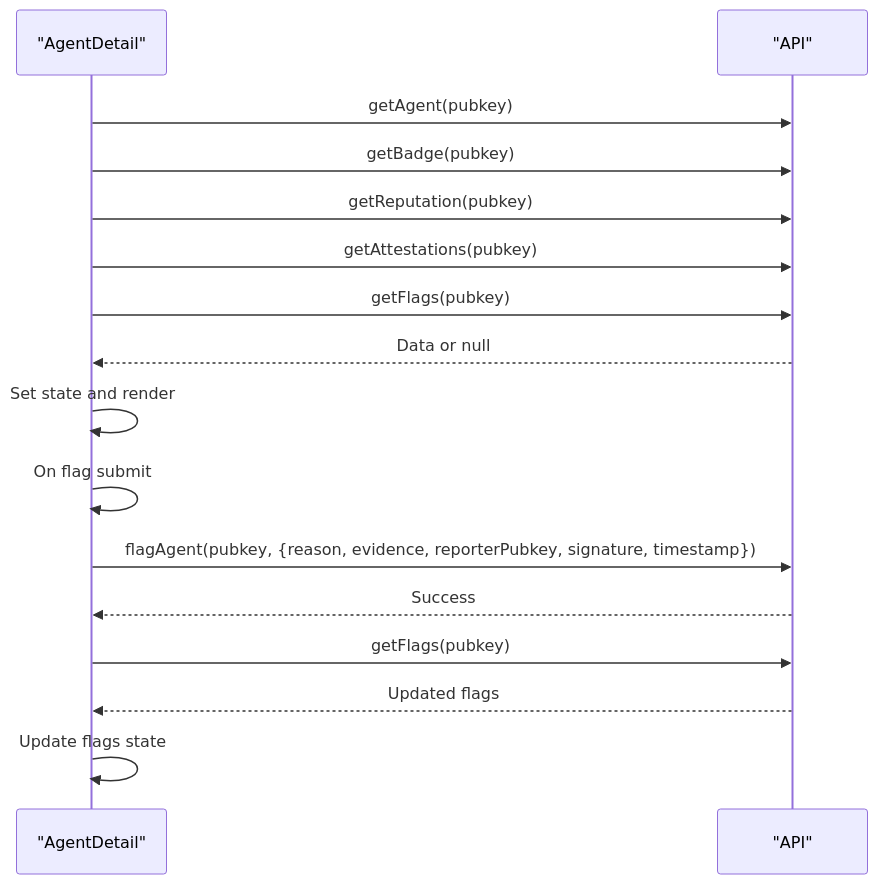
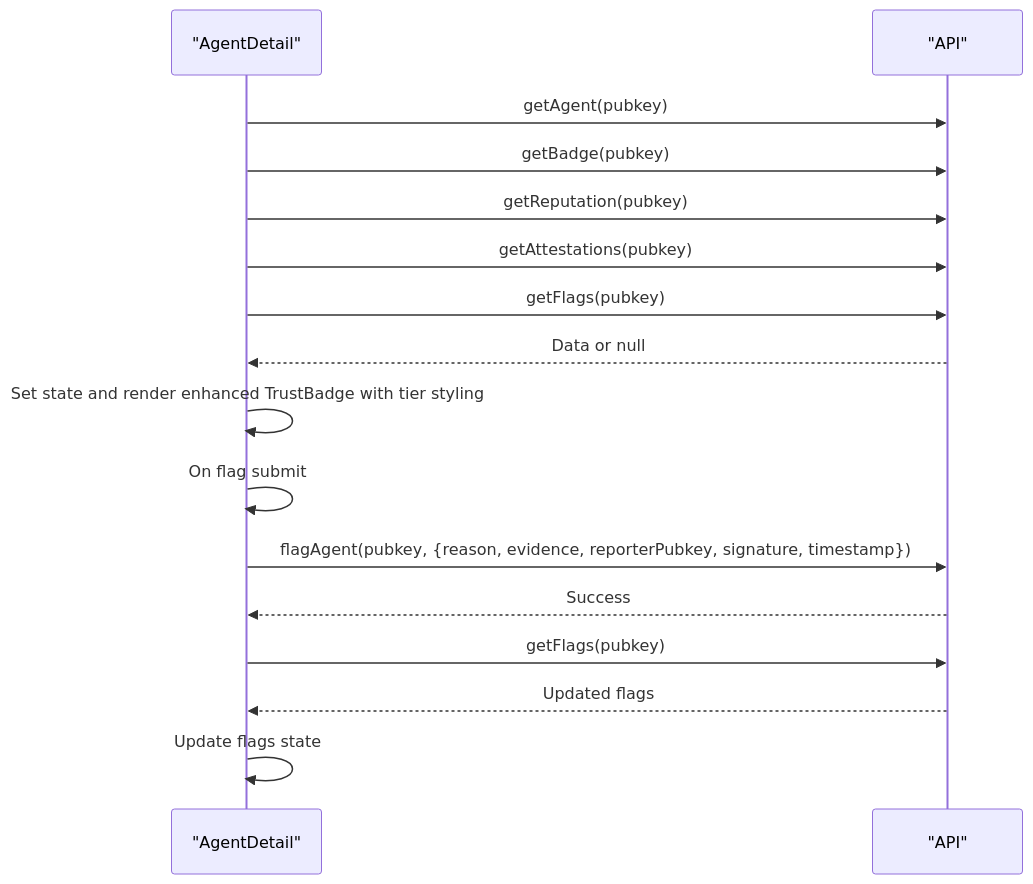
The fourth of 8 diagrams in .qoder/repowiki/en/content/Frontend Application/Frontend Application.md (RunTimeAdmin/AgentID), drawn with Mermaid before and after one commit. The commit also changed other lines of this file and 9 other files, not shown here.

````diff
--- a/.qoder/repowiki/en/content/Frontend Application/Frontend Application.md
+++ b/.qoder/repowiki/en/content/Frontend Application/Frontend Application.md
@@ -228,18 +250,18 @@
 ```mermaid
 sequenceDiagram
 participant D as "AgentDetail"
 participant A as "API"
 D->>A : getAgent(pubkey)
 D->>A : getBadge(pubkey)
 D->>A : getReputation(pubkey)
 D->>A : getAttestations(pubkey)
 D->>A : getFlags(pubkey)
 A-->>D : Data or null
-D->>D : Set state and render
+D->>D : Set state and render enhanced TrustBadge with tier styling
 D->>D : On flag submit
 D->>A : flagAgent(pubkey, {reason, evidence, reporterPubkey, signature, timestamp})
 A-->>D : Success
 D->>A : getFlags(pubkey)
 A-->>D : Updated flags
 D->>D : Update flags state
 ```
````
